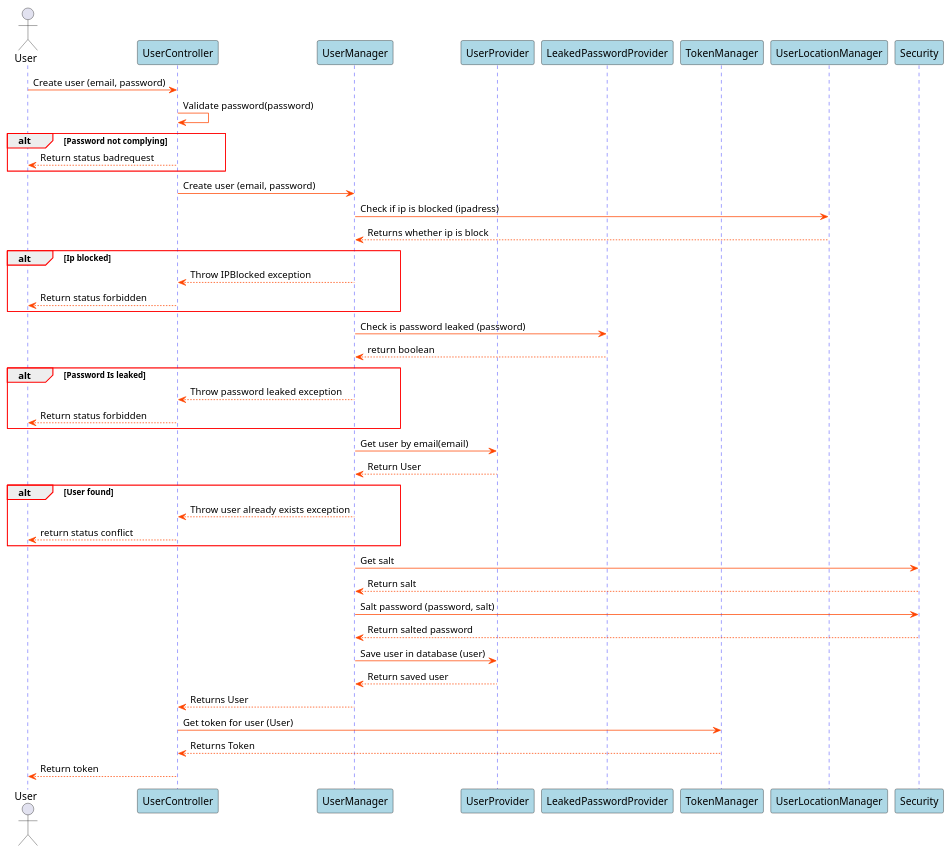
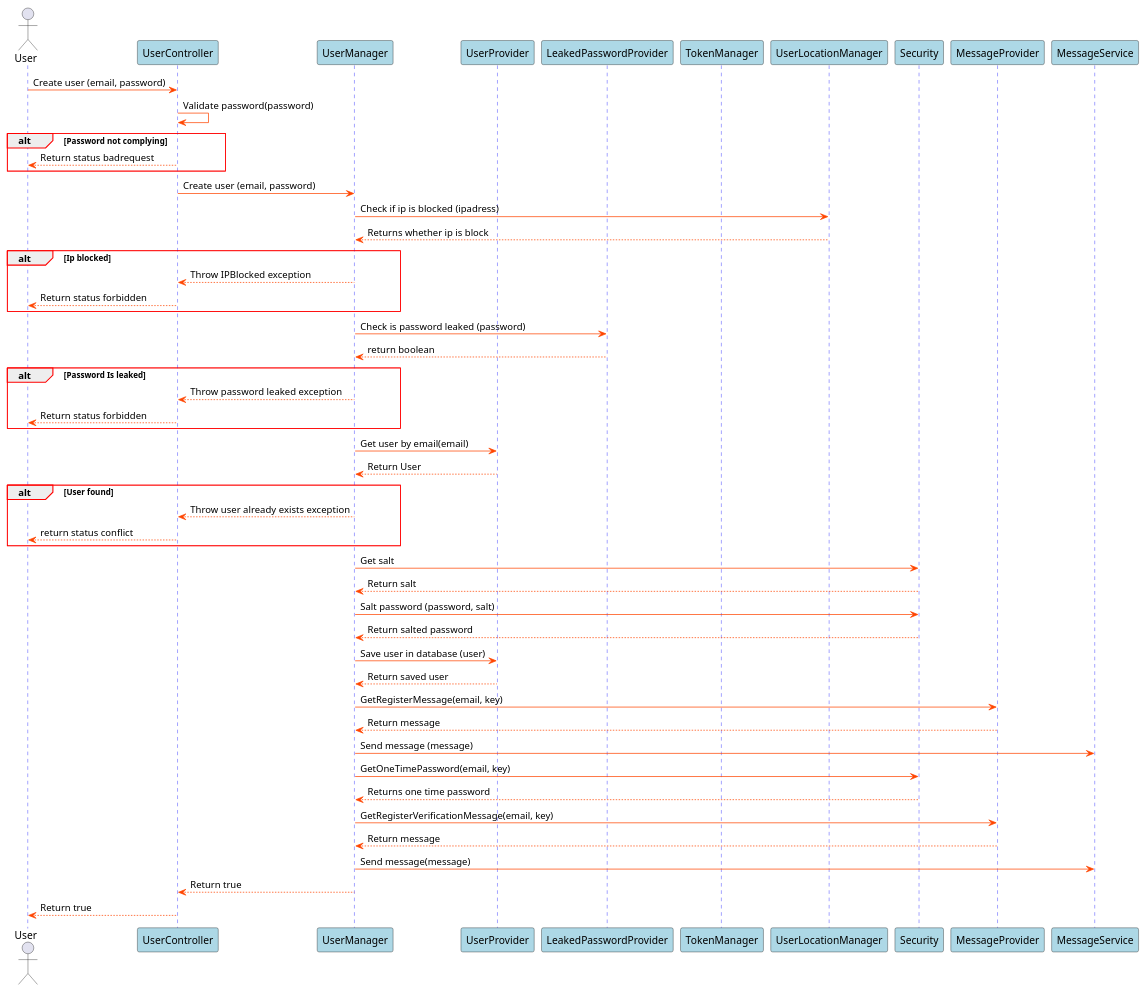
Before and after one commit to blackout1471/trust-us-school: the diagram in Docs/SDDiagrams/CreateUserSD.plantuml, drawn with PlantUML. The commit also changed 16 other files, not shown here.

Commit message:
Added diagrams

```diff
--- a/Docs/SDDiagrams/CreateUserSD.plantuml
+++ b/Docs/SDDiagrams/CreateUserSD.plantuml
@@ -1,77 +1,86 @@
 @startuml Create User SD
 
 skinparam sequence {
     GroupBorderColor red
     GroupBorderThickness 1
 
     ArrowColor orangered
 
     LifeLineBorderColor blue
 
     ParticipantBackgroundColor lightblue
 }
 
 actor User
 participant UserController
 participant UserManager
 participant UserProvider
 participant LeakedPasswordProvider
 participant TokenManager
 participant UserLocationManager
 participant Security
+participant MessageProvider
+participant MessageService
 
 
 
 User->UserController: Create user (email, password)
 UserController->UserController: Validate password(password)
 
 alt Password not complying
 UserController-->User: Return status badrequest
 end
 
 UserController->UserManager: Create user (email, password)
 UserManager->UserLocationManager: Check if ip is blocked (ipadress)
 UserLocationManager-->UserManager: Returns whether ip is block
 
 alt Ip blocked
 UserManager-->UserController: Throw IPBlocked exception
 UserController-->User: Return status forbidden
 end
 
 
 UserManager->LeakedPasswordProvider: Check is password leaked (password)
 LeakedPasswordProvider-->UserManager: return boolean
 
 alt Password Is leaked
 UserManager-->UserController: Throw password leaked exception
 UserController-->User: Return status forbidden
 end
 
 UserManager->UserProvider: Get user by email(email)
 UserProvider-->UserManager: Return User
 
 alt User found
 
 UserManager-->UserController: Throw user already exists exception
 UserController-->User: return status conflict
 
 end
 
 
 UserManager->Security: Get salt
 Security-->UserManager: Return salt
 
 UserManager->Security: Salt password (password, salt)
 Security-->UserManager: Return salted password
 
 UserManager->UserProvider: Save user in database (user)
 UserProvider-->UserManager: Return saved user
 
+UserManager->MessageProvider: GetRegisterMessage(email, key)
+MessageProvider-->UserManager: Return message
+UserManager->MessageService: Send message (message)
 
-UserManager-->UserController: Returns User
-UserController->TokenManager: Get token for user (User)
-TokenManager-->UserController: Returns Token
+UserManager->Security: GetOneTimePassword(email, key)
+Security-->UserManager: Returns one time password
 
-UserController-->User: Return token
+UserManager->MessageProvider: GetRegisterVerificationMessage(email, key)
+MessageProvider-->UserManager: Return message
+UserManager->MessageService: Send message(message)
+
+UserManager-->UserController: Return true
+UserController-->User: Return true
 
 @enduml
```
